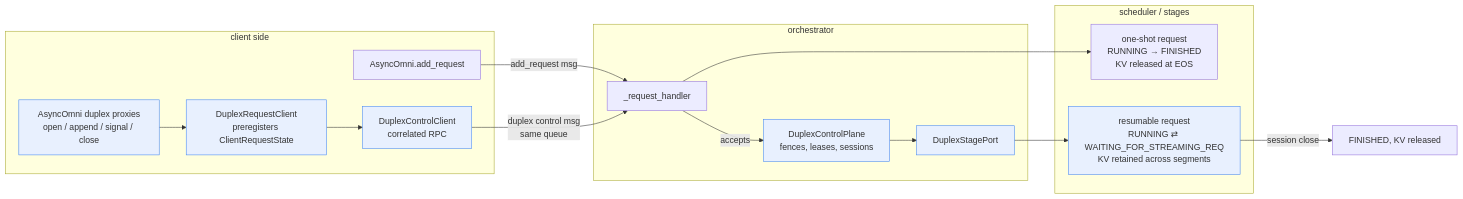
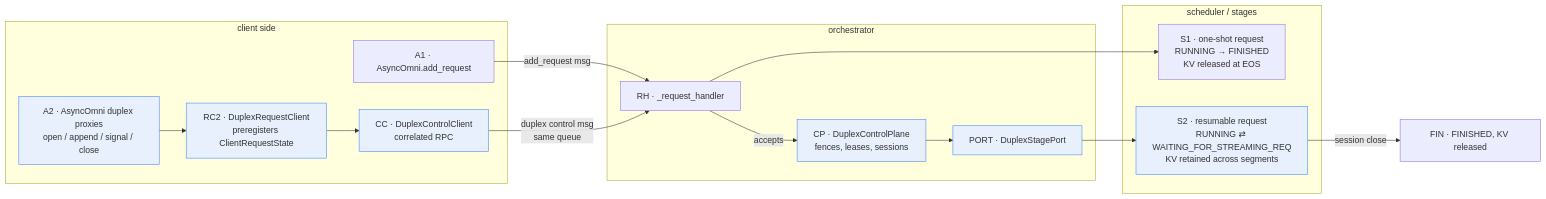
One commit to chickeyton/vllm-omni changed the fourth of 5 diagrams in FULLDUPLEX_MIGRATION_DESIGN.md. Above: the diagram before and after it, drawn with Mermaid. The commit also changed other lines of this file and 8 other files, not shown here.

````diff
--- a/FULLDUPLEX_MIGRATION_DESIGN.md
+++ b/FULLDUPLEX_MIGRATION_DESIGN.md
@@ -331,30 +387,30 @@
 ```mermaid
 flowchart LR
     subgraph "client side"
-        A1[AsyncOmni.add_request]
-        A2[AsyncOmni duplex proxies<br/>open / append / signal / close]
-        RC2[DuplexRequestClient<br/>preregisters ClientRequestState]
-        CC[DuplexControlClient<br/>correlated RPC]
+        A1[A1 · AsyncOmni.add_request]
+        A2[A2 · AsyncOmni duplex proxies<br/>open / append / signal / close]
+        RC2[RC2 · DuplexRequestClient<br/>preregisters ClientRequestState]
+        CC[CC · DuplexControlClient<br/>correlated RPC]
     end
     subgraph orchestrator
-        RH[_request_handler]
-        CP[DuplexControlPlane<br/>fences, leases, sessions]
-        PORT[DuplexStagePort]
+        RH[RH · _request_handler]
+        CP[CP · DuplexControlPlane<br/>fences, leases, sessions]
+        PORT[PORT · DuplexStagePort]
     end
     subgraph "scheduler / stages"
-        S1[one-shot request<br/>RUNNING → FINISHED<br/>KV released at EOS]
-        S2[resumable request<br/>RUNNING ⇄ WAITING_FOR_STREAMING_REQ<br/>KV retained across segments]
+        S1[S1 · one-shot request<br/>RUNNING → FINISHED<br/>KV released at EOS]
+        S2[S2 · resumable request<br/>RUNNING ⇄ WAITING_FOR_STREAMING_REQ<br/>KV retained across segments]
     end
 
     A1 -->|add_request msg| RH --> S1
     A2 --> RC2 --> CC -->|duplex control msg<br/>same queue| RH
     RH -->|accepts| CP --> PORT --> S2
-    S2 -->|session close| FIN[FINISHED, KV released]
+    S2 -->|session close| FIN[FIN · FINISHED, KV released]
 
     style A2 fill:#e8f0fe,stroke:#4285f4
     style RC2 fill:#e8f0fe,stroke:#4285f4
     style CC fill:#e8f0fe,stroke:#4285f4
     style CP fill:#e8f0fe,stroke:#4285f4
     style PORT fill:#e8f0fe,stroke:#4285f4
     style S2 fill:#e8f0fe,stroke:#4285f4
 ```
````
